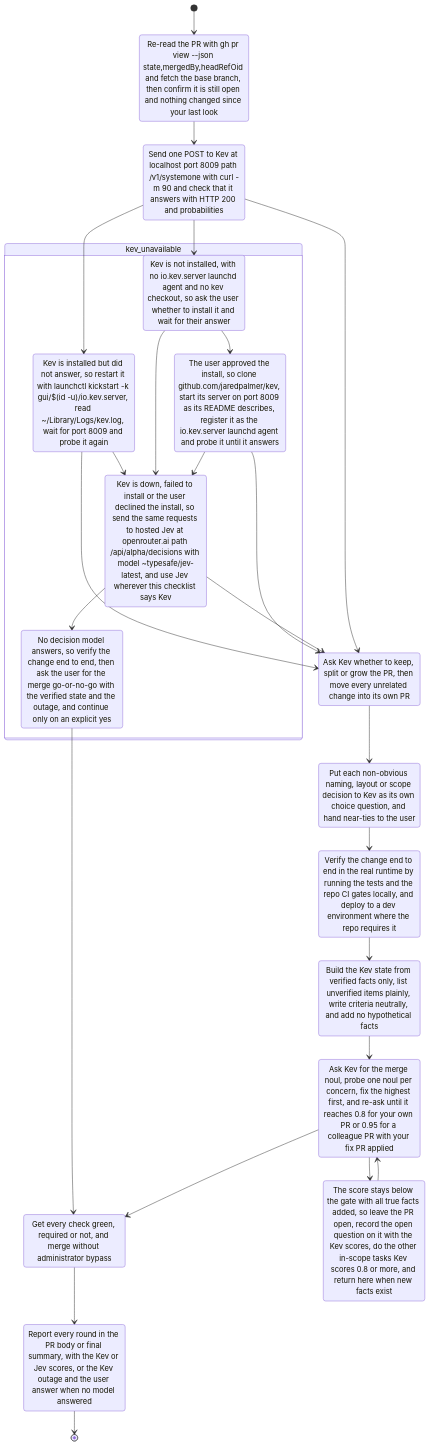
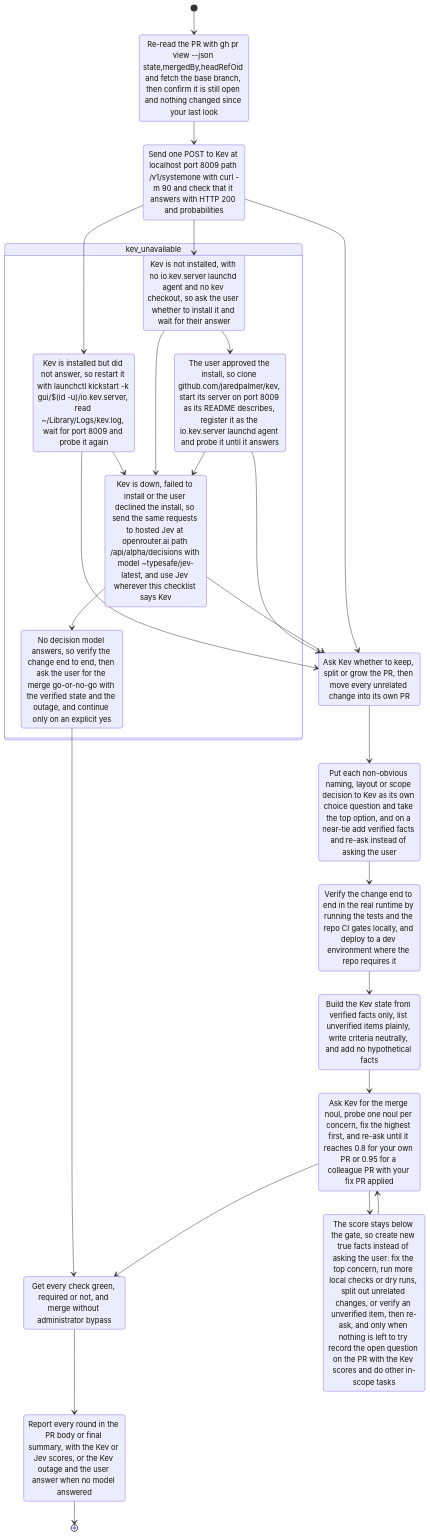
The diagram in .steplock/checklists/pr-improvement/flow.mmd (tupe12334/pull-request-improvment-checklist), drawn with Mermaid before and after one commit. The commit also changed 1 other file, not shown here.

Commit message:
Reach the Kev gate instead of asking the user
A near-tie design choice and a stalled merge score both handed the
decision back to the user. Now the agent adds verified facts and makes
real fixes, then re-asks Kev. It records an open question only when
nothing is left to try. Asking the user stays only for a Kev install
and a full decision-model outage.

```diff
--- a/.steplock/checklists/pr-improvement/flow.mmd
+++ b/.steplock/checklists/pr-improvement/flow.mmd
@@ -1,44 +1,44 @@
 stateDiagram-v2
     [*] --> fresh_state
     fresh_state --> probe_kev
     probe_kev --> scope
     probe_kev --> restart_kev
     probe_kev --> kev_missing
 
     state kev_unavailable {
         restart_kev --> use_jev
         kev_missing --> install_kev
         kev_missing --> use_jev
         install_kev --> use_jev
         use_jev --> user_gate
     }
     restart_kev --> scope
     install_kev --> scope
     use_jev --> scope
     user_gate --> checks_green
 
     scope --> design_choices
     design_choices --> verified
     verified --> honest_state
     honest_state --> threshold
     threshold --> checks_green
     threshold --> stalled
     stalled --> threshold
     checks_green --> reported
     reported --> [*]
 
     fresh_state    : Re-read the PR with gh pr view --json state,mergedBy,headRefOid and fetch the base branch, then confirm it is still open and nothing changed since your last look
     probe_kev      : Send one POST to Kev at localhost port 8009 path /v1/systemone with curl -m 90 and check that it answers with HTTP 200 and probabilities
     restart_kev    : Kev is installed but did not answer, so restart it with launchctl kickstart -k gui/$(id -u)/io.kev.server, read ~/Library/Logs/kev.log, wait for port 8009 and probe it again
     kev_missing    : Kev is not installed, with no io.kev.server launchd agent and no kev checkout, so ask the user whether to install it and wait for their answer
     install_kev    : The user approved the install, so clone github.com/jaredpalmer/kev, start its server on port 8009 as its README describes, register it as the io.kev.server launchd agent and probe it until it answers
     use_jev        : Kev is down, failed to install or the user declined the install, so send the same requests to hosted Jev at openrouter.ai path /api/alpha/decisions with model ~typesafe/jev-latest, and use Jev wherever this checklist says Kev
     user_gate      : No decision model answers, so verify the change end to end, then ask the user for the merge go-or-no-go with the verified state and the outage, and continue only on an explicit yes
     scope          : Ask Kev whether to keep, split or grow the PR, then move every unrelated change into its own PR
-    design_choices : Put each non-obvious naming, layout or scope decision to Kev as its own choice question, and hand near-ties to the user
+    design_choices : Put each non-obvious naming, layout or scope decision to Kev as its own choice question and take the top option, and on a near-tie add verified facts and re-ask instead of asking the user
     verified       : Verify the change end to end in the real runtime by running the tests and the repo CI gates locally, and deploy to a dev environment where the repo requires it
     honest_state   : Build the Kev state from verified facts only, list unverified items plainly, write criteria neutrally, and add no hypothetical facts
     threshold      : Ask Kev for the merge noul, probe one noul per concern, fix the highest first, and re-ask until it reaches 0.8 for your own PR or 0.95 for a colleague PR with your fix PR applied
-    stalled        : The score stays below the gate with all true facts added, so leave the PR open, record the open question on it with the Kev scores, do the other in-scope tasks Kev scores 0.8 or more, and return here when new facts exist
+    stalled        : The score stays below the gate, so create new true facts instead of asking the user: fix the top concern, run more local checks or dry runs, split out unrelated changes, or verify an unverified item, then re-ask, and only when nothing is left to try record the open question on the PR with the Kev scores and do other in-scope tasks
     checks_green   : Get every check green, required or not, and merge without administrator bypass
     reported       : Report every round in the PR body or final summary, with the Kev or Jev scores, or the Kev outage and the user answer when no model answered
```
